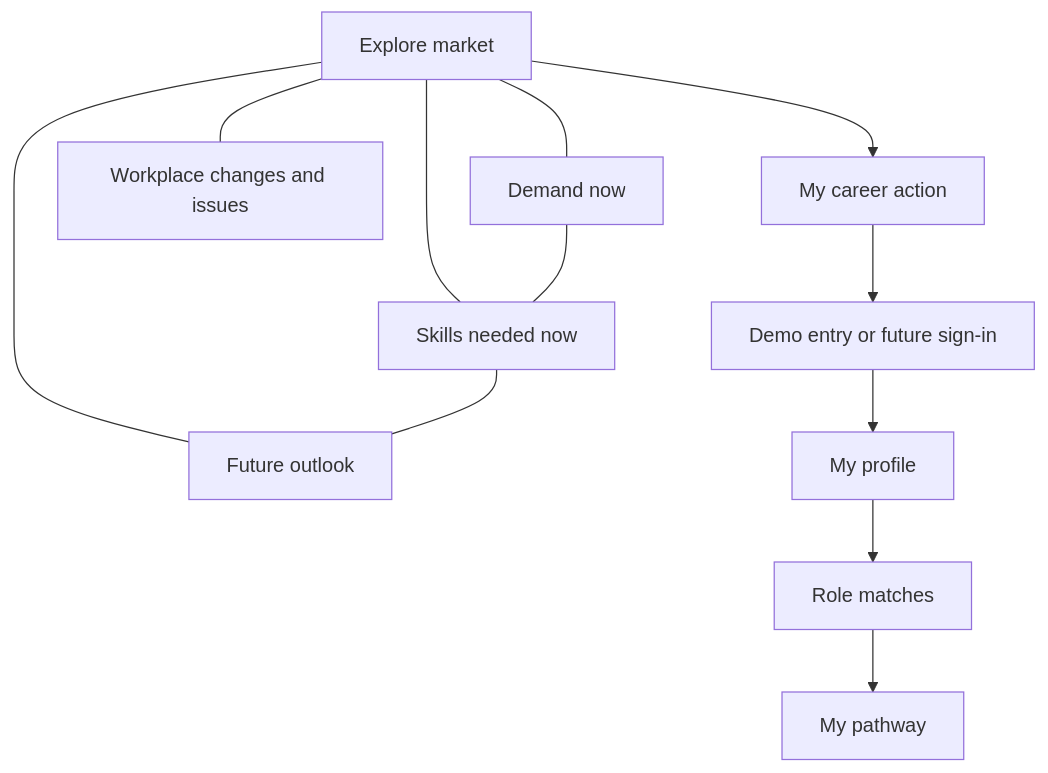
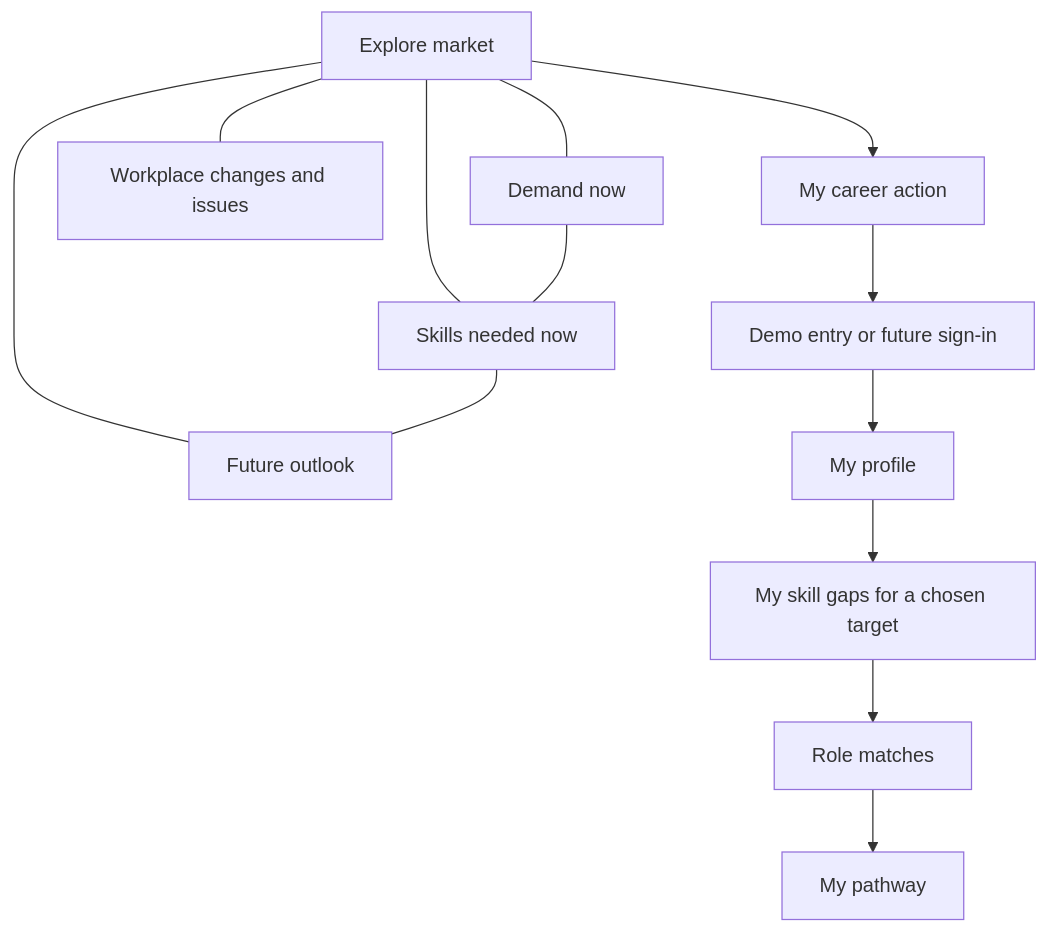
Before and after one commit to kairos8232/TomorrowWorks: the diagram in README.md, drawn with Mermaid. The commit also changed other lines of this file and 6 other files, not shown here.

Commit message:
Add personal target skill-gap preview

````diff
--- a/README.md
+++ b/README.md
@@ -38,14 +38,15 @@
 ```mermaid
 flowchart TD
     A[Explore market] --- B[Demand now]
     A --- C[Skills needed now]
     A --- D[Future outlook]
     A --- J[Workplace changes and issues]
     B --- C
     C --- D
     A --> E[My career action]
     E --> F[Demo entry or future sign-in]
     F --> G[My profile]
-    G --> H[Role matches]
+    G --> K[My skill gaps for a chosen target]
+    K --> H[Role matches]
     H --> I[My pathway]
 ```
````
